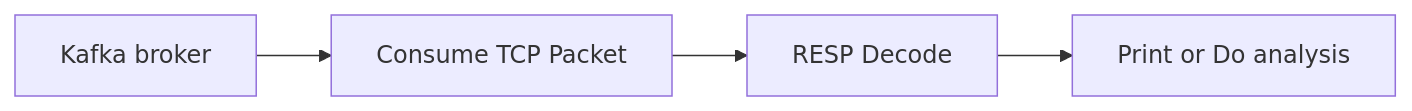
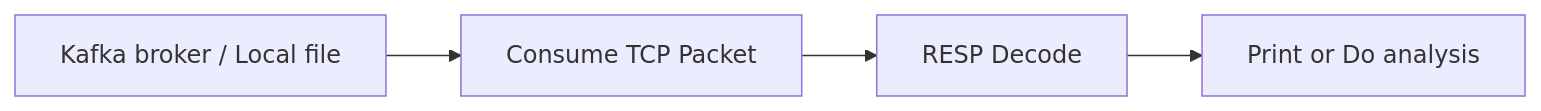
Before and after one commit to montplex/pcap_resp_replay: the third of 3 diagrams in README.md, drawn with Mermaid. The commit also changed other lines of this file and 6 other files, not shown here.

````diff
--- a/README.md
+++ b/README.md
@@ -29,6 +29,6 @@
 ```mermaid
 graph LR
-    A[Kafka broker] --> B[Consume TCP Packet]
+    A[Kafka broker / Local file] --> B[Consume TCP Packet]
     B --> C[RESP Decode]
     C --> D[Print or Do analysis]
 ```
````
